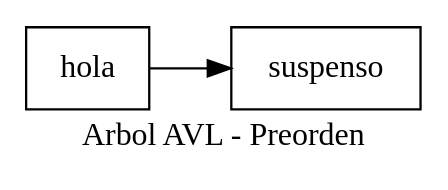
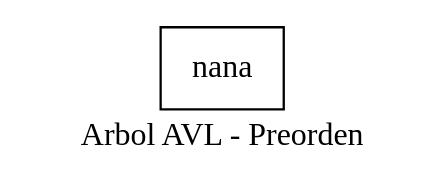
One commit to hr9457/EDD_1S2020_PY2_201314296 changed the diagram in EDD_Proyecto2/ArchivosDot/ArbolPreorden.dot. Above: the diagram before and after it, drawn with Graphviz. The commit also changed 19 other files, not shown here.

```diff
--- a/EDD_Proyecto2/ArchivosDot/ArbolPreorden.dot
+++ b/EDD_Proyecto2/ArchivosDot/ArbolPreorden.dot
@@ -1,8 +1,7 @@
 digraph arbolpreorden {
 node [shape = record];
 rankdir=LR;
-nodo0[label="hola"];
-nodo1[label="suspenso"];
-nodo0->nodo1;
+nodo0[label="nana"];
+nodo0;
 label = "Arbol AVL - Preorden "
 }
```
